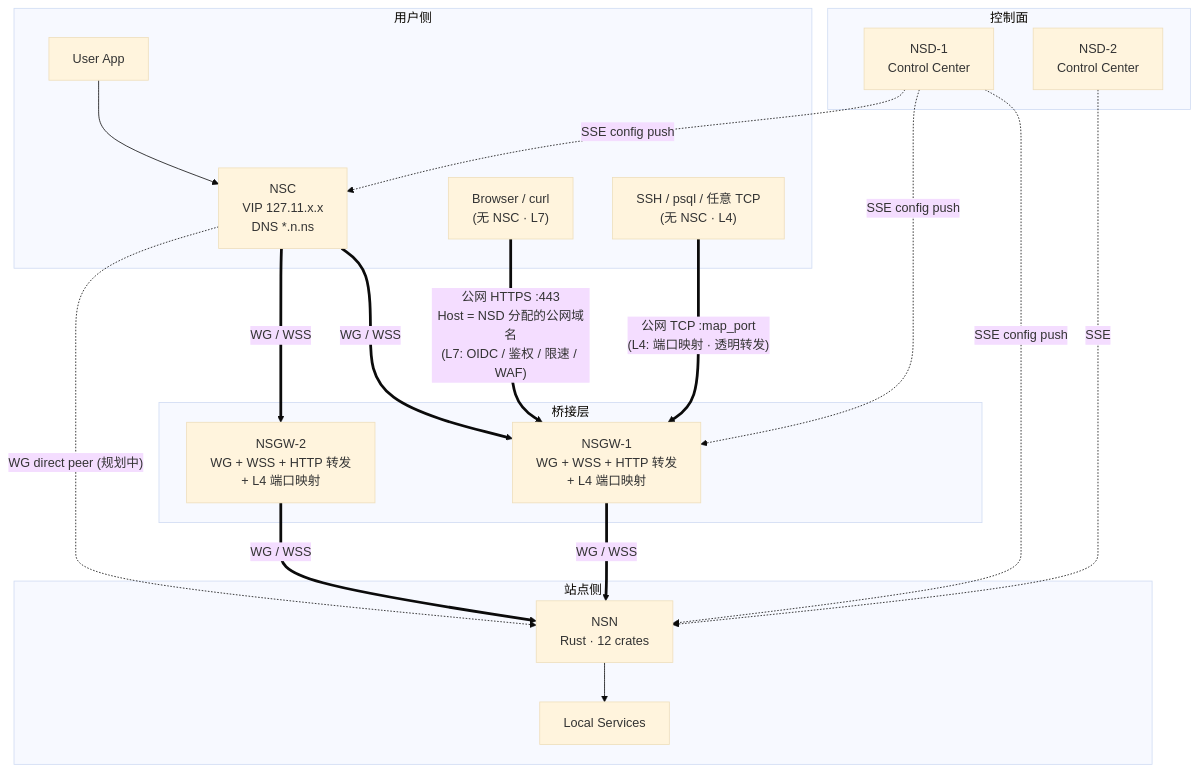
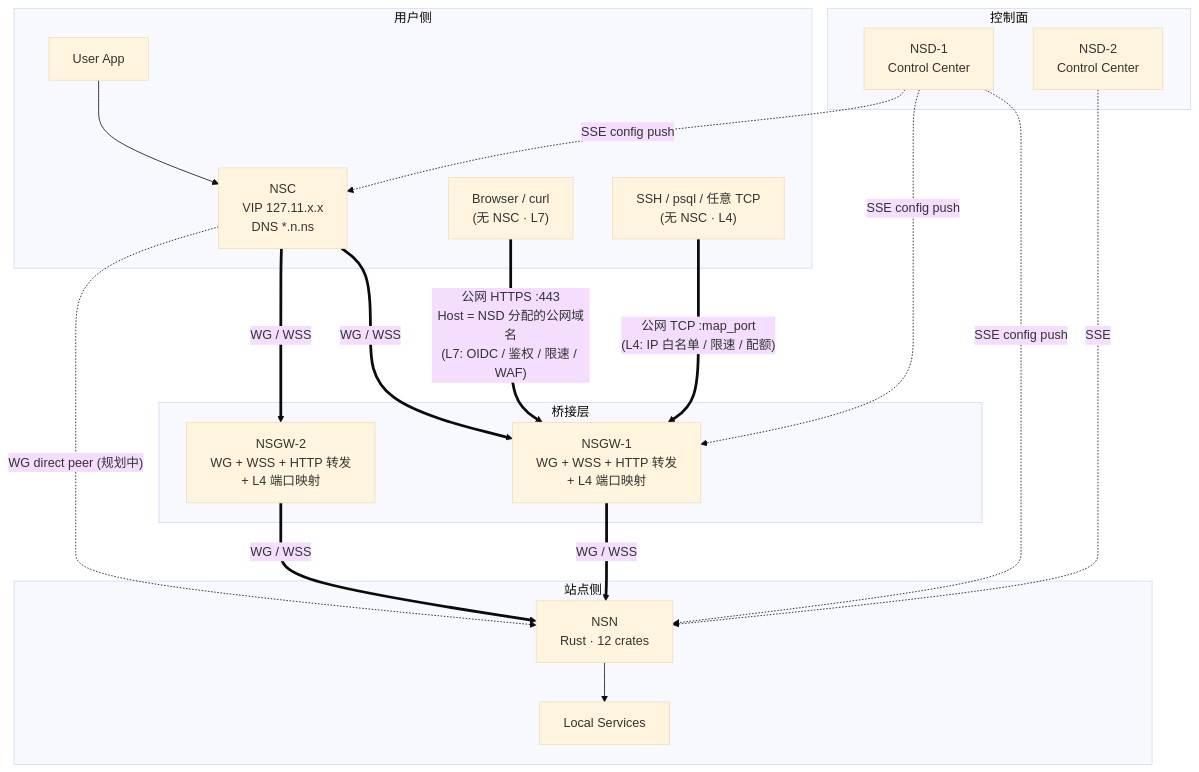
Before and after one commit to nsiod/docs: the diagram in docs/01-overview/index.md, drawn with Mermaid (base theme). The commit also changed other lines of this file and 3 other files, not shown here.

````diff
--- a/docs/01-overview/index.md
+++ b/docs/01-overview/index.md
@@ -22,39 +22,39 @@
 ```mermaid
 graph TB
     subgraph Control["控制面"]
         NSD1["NSD-1<br/>Control Center"]
         NSD2["NSD-2<br/>Control Center"]
     end
 
     subgraph Bridge["桥接层"]
         GW1["NSGW-1<br/>WG + WSS + HTTP 转发<br/>+ L4 端口映射"]
         GW2["NSGW-2<br/>WG + WSS + HTTP 转发<br/>+ L4 端口映射"]
     end
 
     subgraph Site["站点侧"]
         NSN["NSN<br/>Rust · 12 crates"]
         LOCAL["Local Services"]
     end
 
     subgraph User["用户侧"]
         NSC["NSC<br/>VIP 127.11.x.x<br/>DNS *.n.ns"]
         APP["User App"]
         BROWSER["Browser / curl<br/>(无 NSC · L7)"]
         SSHCLI["SSH / psql / 任意 TCP<br/>(无 NSC · L4)"]
     end
 
     NSD1 -. "SSE config push" .-> NSN
     NSD1 -. "SSE config push" .-> GW1
     NSD1 -. "SSE config push" .-> NSC
     NSD2 -. "SSE" .-> NSN
 
     APP --> NSC
     NSC ==>|"WG / WSS"| GW1
     NSC ==>|"WG / WSS"| GW2
     GW1 ==>|"WG / WSS"| NSN
     GW2 ==>|"WG / WSS"| NSN
     NSC -. "WG direct peer (规划中)" .-> NSN
     BROWSER ==>|"公网 HTTPS :443<br/>Host = NSD 分配的公网域名<br/>(L7: OIDC / 鉴权 / 限速 / WAF)"| GW1
-    SSHCLI ==>|"公网 TCP :map_port<br/>(L4: 端口映射 · 透明转发)"| GW1
+    SSHCLI ==>|"公网 TCP :map_port<br/>(L4: IP 白名单 / 限速 / 配额)"| GW1
     NSN --> LOCAL
 ```
````
